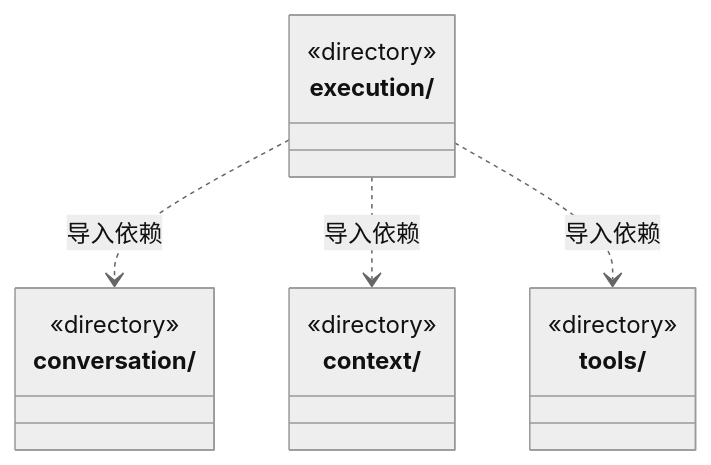
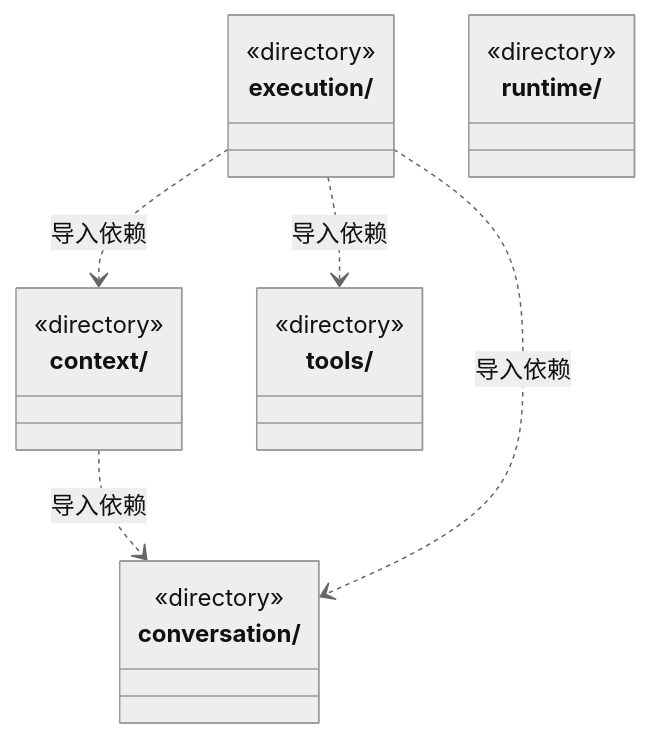
The diagram in src/backend/scheduler-engine/ARCHITECTURE.md (nan023062/cbim), drawn with Mermaid (neutral theme) before and after one commit. The commit also changed other lines of this file and 211 other files, not shown here.

````diff
--- a/src/backend/scheduler-engine/ARCHITECTURE.md
+++ b/src/backend/scheduler-engine/ARCHITECTURE.md
@@ -15,18 +15,22 @@
 ```mermaid
 classDiagram
 class N_src_backend_scheduler_engine_context["context/"] {
   <<directory>>
 }
 class N_src_backend_scheduler_engine_conversation["conversation/"] {
   <<directory>>
 }
 class N_src_backend_scheduler_engine_execution["execution/"] {
   <<directory>>
 }
+class N_src_backend_scheduler_engine_runtime["runtime/"] {
+  <<directory>>
+}
 class N_src_backend_scheduler_engine_tools["tools/"] {
   <<directory>>
 }
+N_src_backend_scheduler_engine_context ..> N_src_backend_scheduler_engine_conversation : 导入依赖
+N_src_backend_scheduler_engine_execution ..> N_src_backend_scheduler_engine_context : 导入依赖
 N_src_backend_scheduler_engine_execution ..> N_src_backend_scheduler_engine_conversation : 导入依赖
-N_src_backend_scheduler_engine_execution ..> N_src_backend_scheduler_engine_context : 导入依赖
 N_src_backend_scheduler_engine_execution ..> N_src_backend_scheduler_engine_tools : 导入依赖
 ```
````
